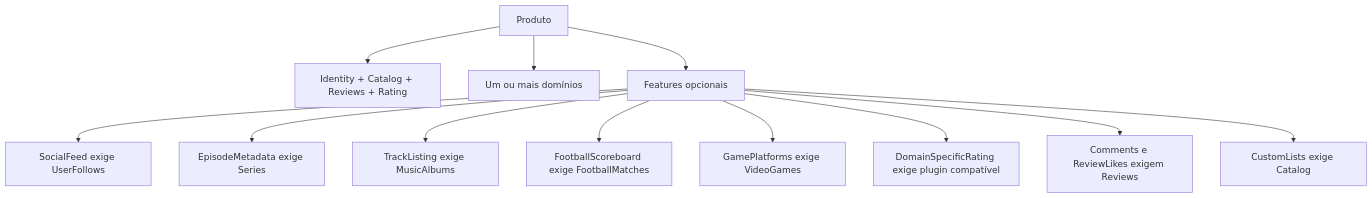
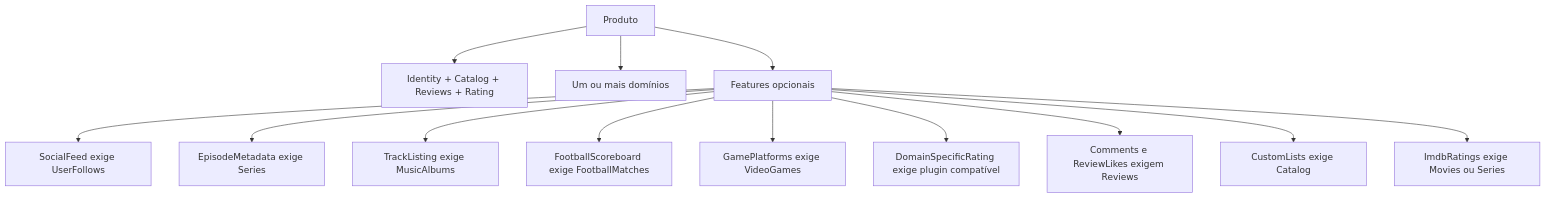
Before and after one commit to MarceloPalmeira/reviewhub-backend: the fourth of 4 diagrams in docs/arquitetura.md, drawn with Mermaid. The commit also changed other lines of this file and 24 other files, not shown here.

````diff
--- a/docs/arquitetura.md
+++ b/docs/arquitetura.md
@@ -74,14 +74,15 @@
 ```mermaid
 flowchart TD
  P[Produto] --> B[Identity + Catalog + Reviews + Rating]
  P --> D[Um ou mais domínios]
  P --> O[Features opcionais]
  O --> F[SocialFeed exige UserFollows]
  O --> E[EpisodeMetadata exige Series]
  O --> T[TrackListing exige MusicAlbums]
  O --> S[FootballScoreboard exige FootballMatches]
  O --> G[GamePlatforms exige VideoGames]
  O --> R[DomainSpecificRating exige plugin compatível]
  O --> C[Comments e ReviewLikes exigem Reviews]
  O --> L[CustomLists exige Catalog]
+ O --> M[ImdbRatings exige Movies ou Series]
 ```
````
